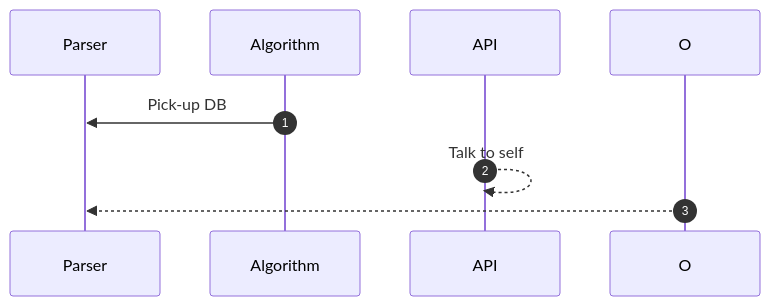
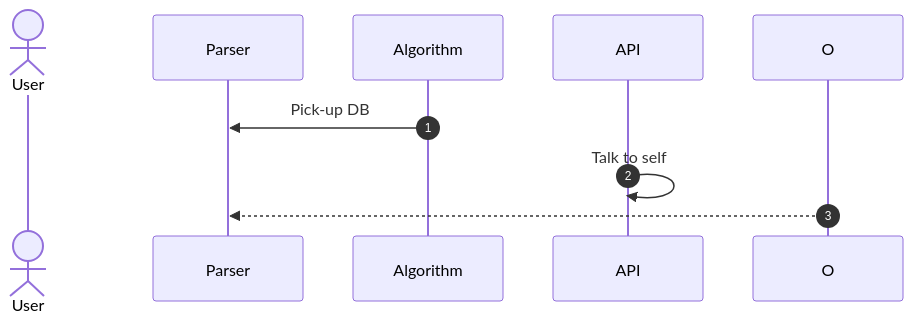
The diagram in README.md (DopedCow/FrequentPatterns.jl), drawn with Mermaid before and after one commit. The commit also changed other lines of this file and 5 other files, not shown here.

````diff
--- a/README.md
+++ b/README.md
@@ -11,10 +14,13 @@
 ```mermaid
 sequenceDiagram
     autonumber
+
+    actor u as User
     participant Parser
     participant Algorithm
     participant API
+
     Algorithm->>Parser: Pick-up DB
-    API -->> API: Talk to self
+    API ->> API: Talk to self
     O -->> Parser: 
 ```
````
